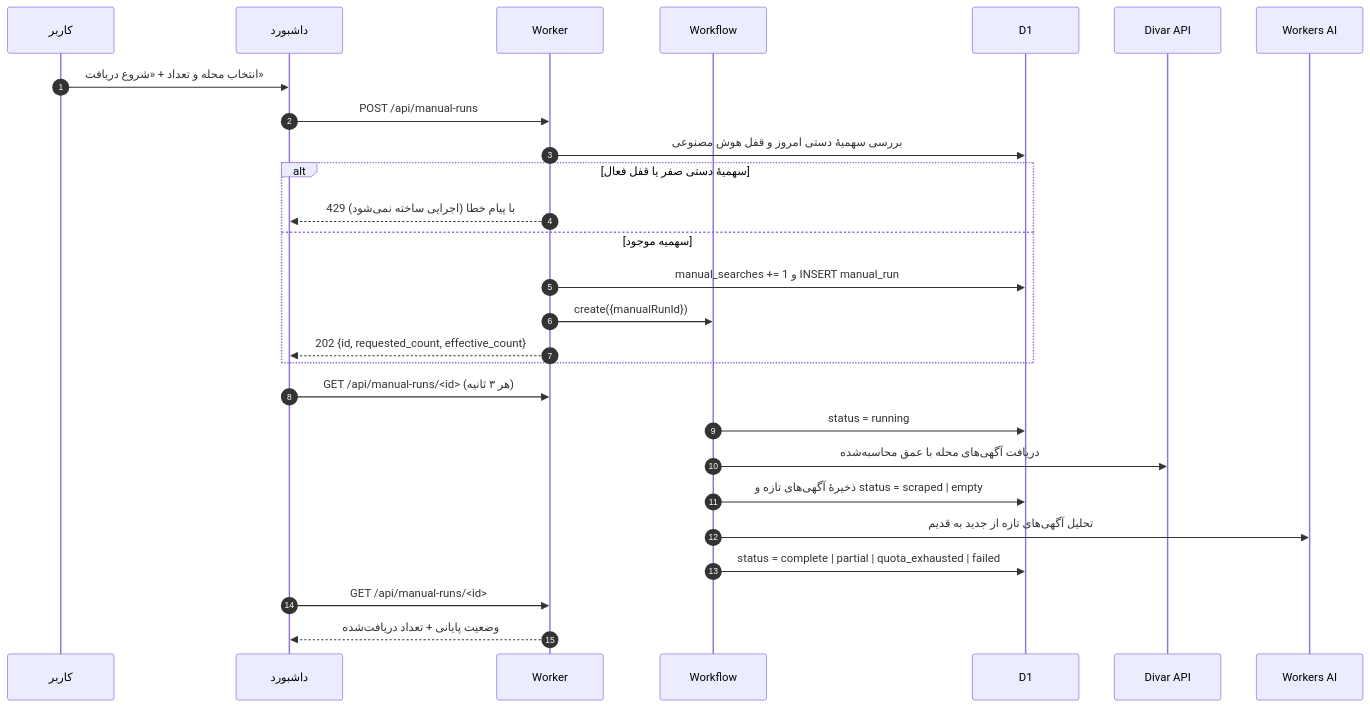
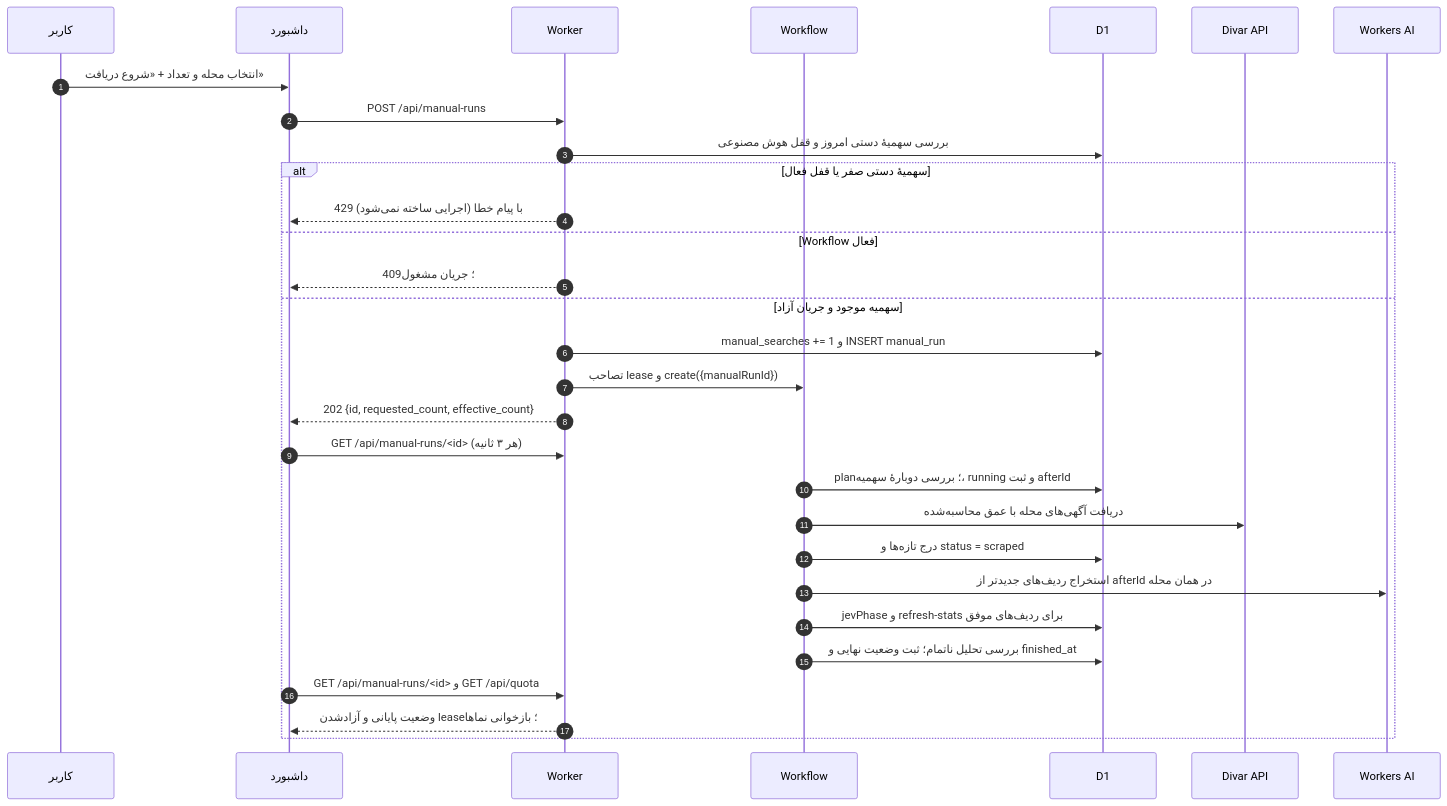
The fourth of 6 diagrams in DOCUMENTATION_FA.md (f4r6d/divar-housing-finder), drawn with Mermaid before and after one commit. The commit also changed other lines of this file and 3 other files, not shown here.

````diff
--- a/DOCUMENTATION_FA.md
+++ b/DOCUMENTATION_FA.md
@@ -535,30 +569,33 @@
 ```mermaid
 sequenceDiagram
     autonumber
     participant U as کاربر
     participant UI as داشبورد
     participant W as Worker
     participant WF as Workflow
     participant DB as D1
     participant D as Divar API
     participant AI as Workers AI
 
     U->>UI: انتخاب محله و تعداد + «شروع دریافت»
     UI->>W: POST /api/manual-runs
     W->>DB: بررسی سهمیهٔ دستی امروز و قفل هوش مصنوعی
     alt سهمیهٔ دستی صفر یا قفل فعال
         W-->>UI: 429 با پیام خطا (اجرایی ساخته نمی‌شود)
-    else سهمیه موجود
+    else Workflow فعال
+        W-->>UI: 409؛ جریان مشغول
+    else سهمیه موجود و جریان آزاد
         W->>DB: manual_searches += 1 و INSERT manual_run
-        W->>WF: create({manualRunId})
+        W->>WF: تصاحب lease و create({manualRunId})
         W-->>UI: 202 {id, requested_count, effective_count}
+        UI->>W: GET /api/manual-runs/<id> (هر ۳ ثانیه)
+        WF->>DB: plan؛ بررسی دوبارهٔ سهمیه، running و ثبت afterId
+        WF->>D: دریافت آگهی‌های محله با عمق محاسبه‌شده
+        WF->>DB: درج تازه‌ها و status = scraped
+        WF->>AI: استخراج ردیف‌های جدیدتر از afterId در همان محله
+        WF->>DB: jevPhase و refresh-stats برای ردیف‌های موفق
+        WF->>DB: بررسی تحلیل ناتمام؛ ثبت وضعیت نهایی و finished_at
+        UI->>W: GET /api/manual-runs/<id> و GET /api/quota
+        W-->>UI: وضعیت پایانی و آزادشدن lease؛ بازخوانی نماها
     end
-    UI->>W: GET /api/manual-runs/<id> (هر ۳ ثانیه)
-    WF->>DB: status = running
-    WF->>D: دریافت آگهی‌های محله با عمق محاسبه‌شده
-    WF->>DB: ذخیرهٔ آگهی‌های تازه و status = scraped | empty
-    WF->>AI: تحلیل آگهی‌های تازه از جدید به قدیم
-    WF->>DB: status = complete | partial | quota_exhausted | failed
-    UI->>W: GET /api/manual-runs/<id>
-    W-->>UI: وضعیت پایانی + تعداد دریافت‌شده
 ```
````
